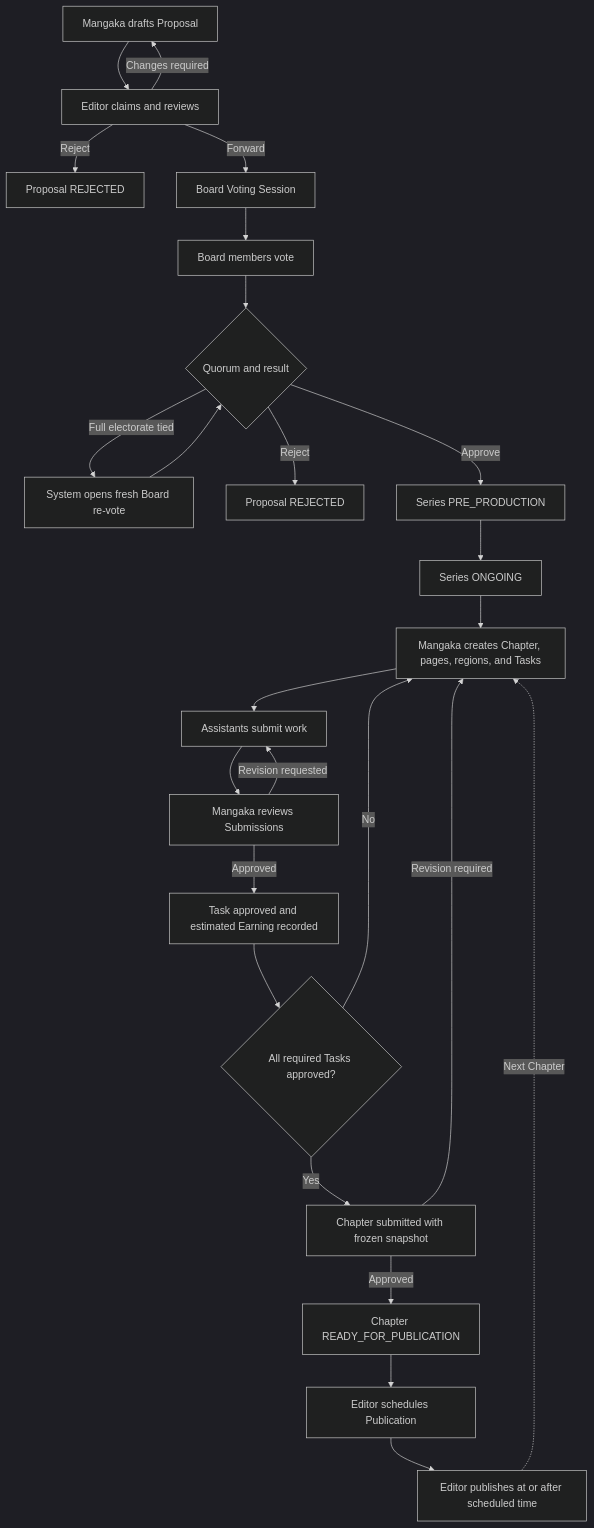
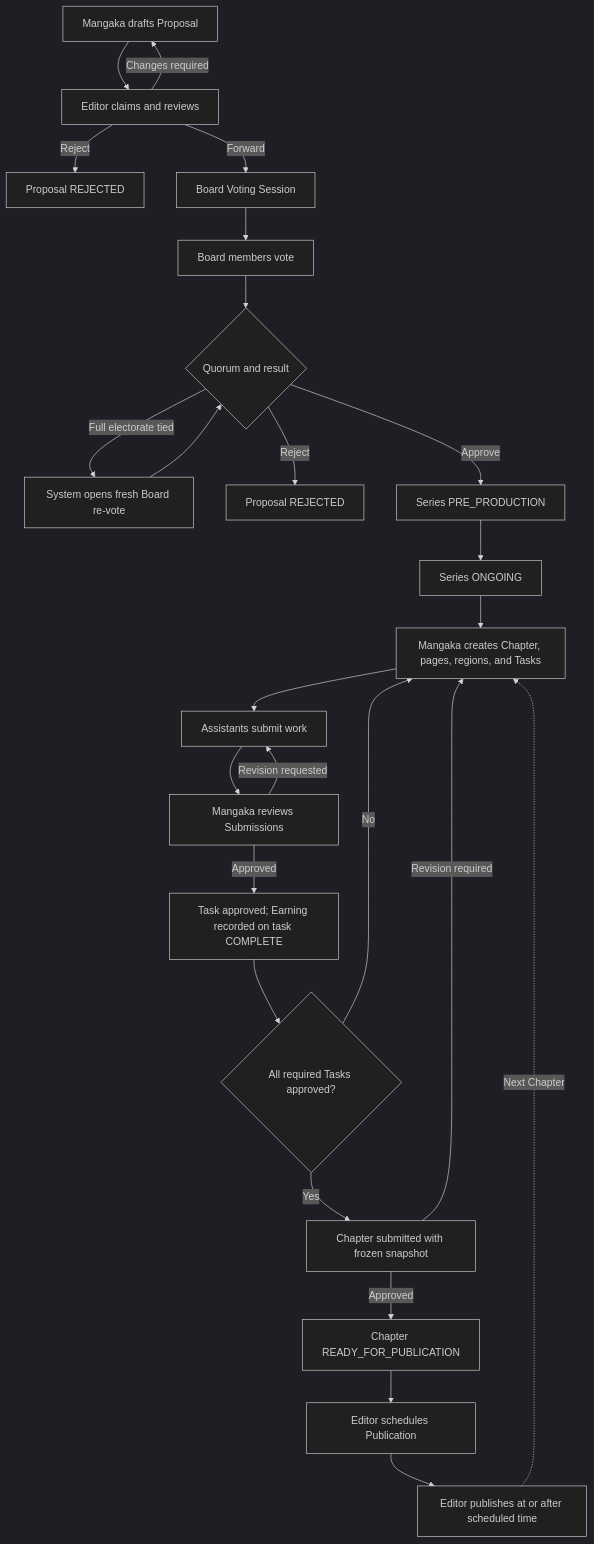
The first of 7 diagrams in BUSINESS_CANONICAL_FLOW.md (ntu254/MangaFlow), drawn with Mermaid (dark theme) before and after one commit. The commit also changed other lines of this file and 5 other files, not shown here.

Commit message:
docs: sync business flows and master doc to earn-at-COMPLETE model

````diff
--- a/BUSINESS_CANONICAL_FLOW.md
+++ b/BUSINESS_CANONICAL_FLOW.md
@@ -94,27 +94,27 @@
 ```mermaid
 flowchart TD
   A["Mangaka drafts Proposal"] --> B["Editor claims and reviews"]
   B -->|Changes required| A
   B -->|Reject| R1["Proposal REJECTED"]
   B -->|Forward| C["Board Voting Session"]
   C --> D["Board members vote"]
   D --> E{"Quorum and result"}
   E -->|Full electorate tied| T["System opens fresh Board re-vote"]
   T --> E
   E -->|Reject| R2["Proposal REJECTED"]
   E -->|Approve| F["Series PRE_PRODUCTION"]
   F --> G["Series ONGOING"]
   G --> H["Mangaka creates Chapter, pages, regions, and Tasks"]
   H --> I["Assistants submit work"]
   I --> J["Mangaka reviews Submissions"]
   J -->|Revision requested| I
-  J -->|Approved| K["Task approved and estimated Earning recorded"]
+  J -->|Approved| K["Task approved; Earning recorded on task COMPLETE"]
   K --> L{"All required Tasks approved?"}
   L -->|No| H
   L -->|Yes| M["Chapter submitted with frozen snapshot"]
   M -->|Revision required| H
   M -->|Approved| N["Chapter READY_FOR_PUBLICATION"]
   N --> O["Editor schedules Publication"]
   O --> P["Editor publishes at or after scheduled time"]
   P -. Next Chapter .-> H
 ```
````
